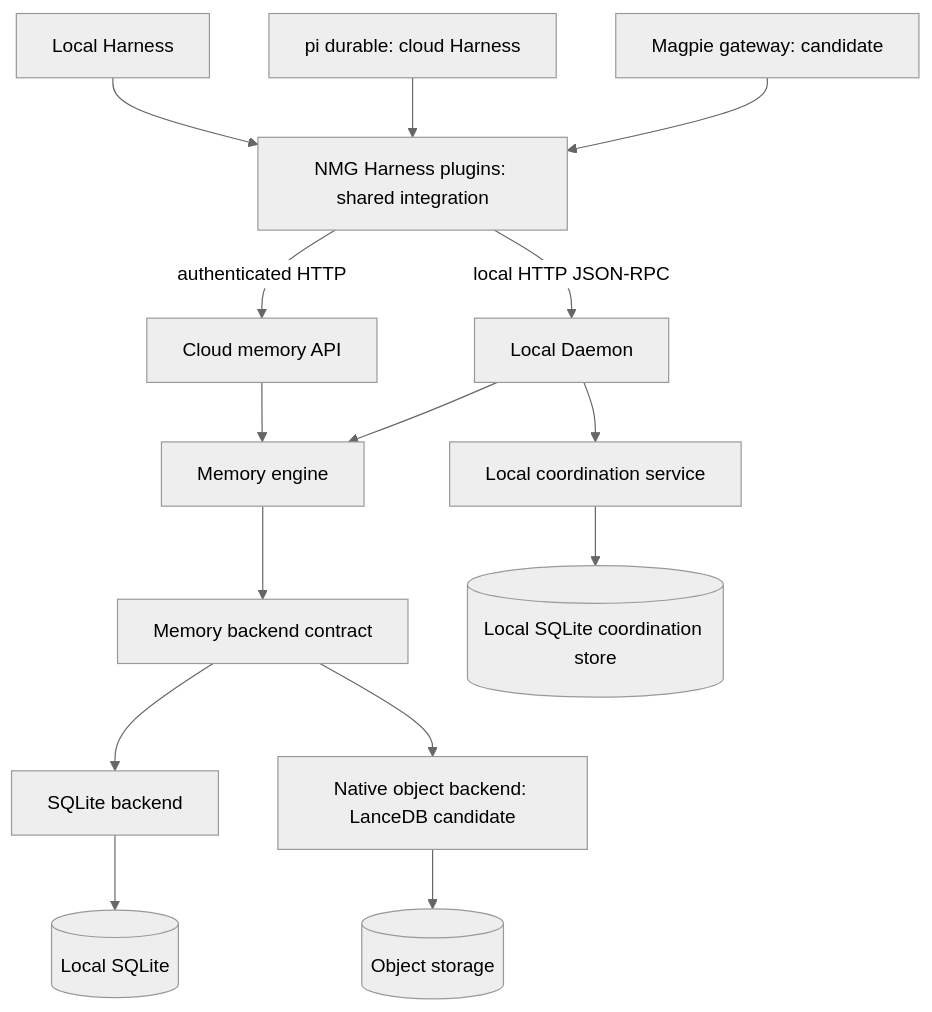
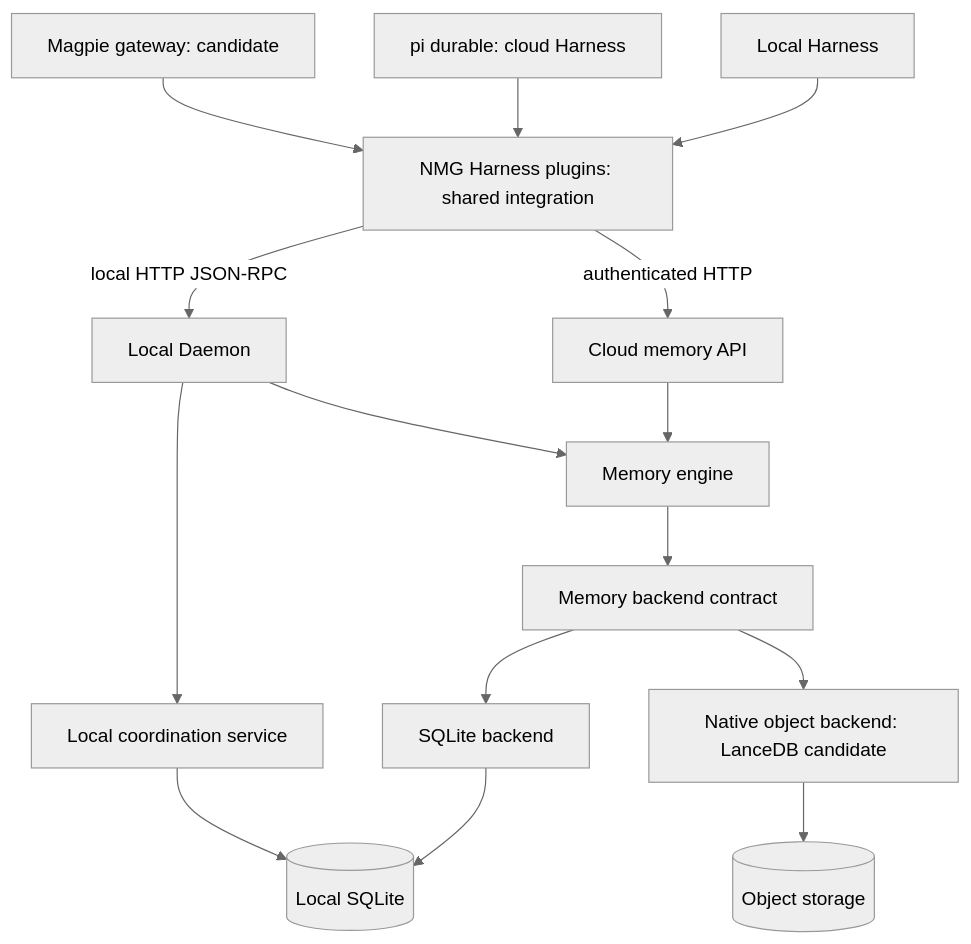
One commit to wefio/NodeMemoryGraph changed the diagram in docs/design/unified-architecture.md. Above: the diagram before and after it, drawn with Mermaid (neutral theme). The commit also changed other lines of this file and 11 other files, not shown here.

First line of the commit message:
fix(storage): share local SQLite between memory and coordination

````diff
--- a/docs/design/unified-architecture.md
+++ b/docs/design/unified-architecture.md
@@ -18,17 +18,17 @@
 ```mermaid
 flowchart TB
   Host[Local Harness] --> Integration[NMG Harness plugins: shared integration]
   Durable[pi durable: cloud Harness] --> Integration
   Gateway[Magpie gateway: candidate] --> Integration
   Integration -->|local HTTP JSON-RPC| Daemon[Local Daemon]
   Integration -->|authenticated HTTP| Cloud[Cloud memory API]
   Cloud[Cloud memory API] --> Engine[Memory engine]
   Daemon --> Engine
   Engine --> Port[Memory backend contract]
   Port --> SQL[SQLite backend]
   Port --> Native[Native object backend: LanceDB candidate]
   SQL --> LocalDB[(Local SQLite)]
   Native --> Objects[(Object storage)]
   Daemon --> Coordination[Local coordination service]
-  Coordination --> CoordDB[(Local SQLite coordination store)]
+  Coordination --> LocalDB
 ```
````
